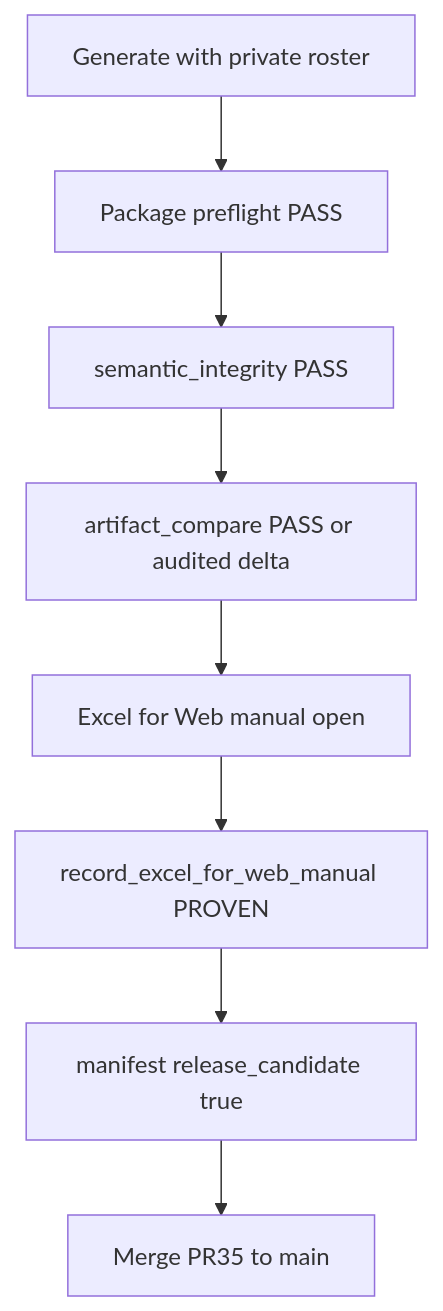
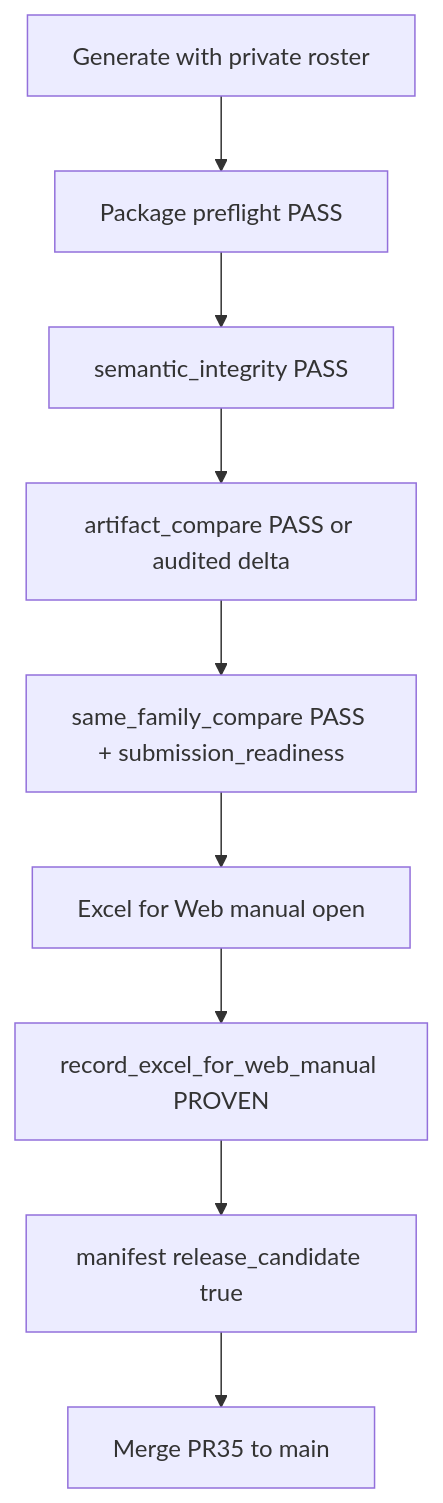
Before and after one commit to EndeavorEverlasting/web-excel-repair-triage: the diagram in docs/PR35_CHECKPOINT_AND_PROOF_GUIDE.md, drawn with Mermaid. The commit also changed 44 other files, not shown here.

First line of the commit message:
feat: same-family compare spine and roster log comparison engine

````diff
--- a/docs/PR35_CHECKPOINT_AND_PROOF_GUIDE.md
+++ b/docs/PR35_CHECKPOINT_AND_PROOF_GUIDE.md
@@ -31,12 +31,13 @@
 ```mermaid
 flowchart TD
   gen[Generate with private roster]
   preflight[Package preflight PASS]
   semantic[semantic_integrity PASS]
   compare[artifact_compare PASS or audited delta]
+  samefamily[same_family_compare PASS + submission_readiness]
   browser[Excel for Web manual open]
   record[record_excel_for_web_manual PROVEN]
   manifest[manifest release_candidate true]
   merge[Merge PR35 to main]
-  gen --> preflight --> semantic --> compare --> browser --> record --> manifest --> merge
+  gen --> preflight --> semantic --> compare --> samefamily --> browser --> record --> manifest --> merge
 ```
````
